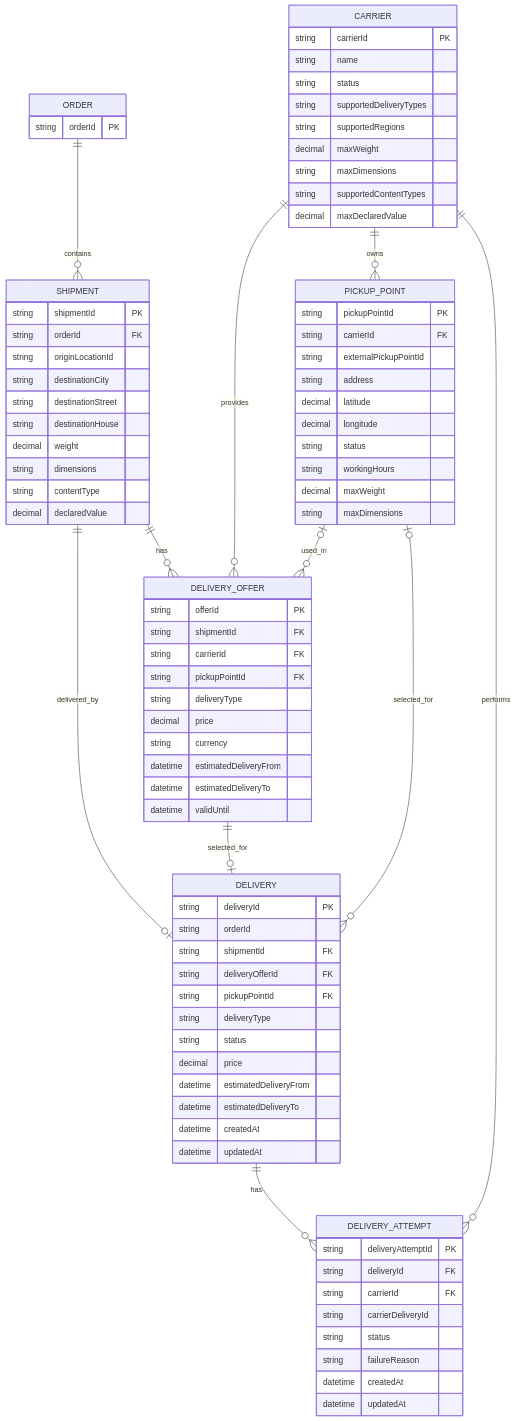
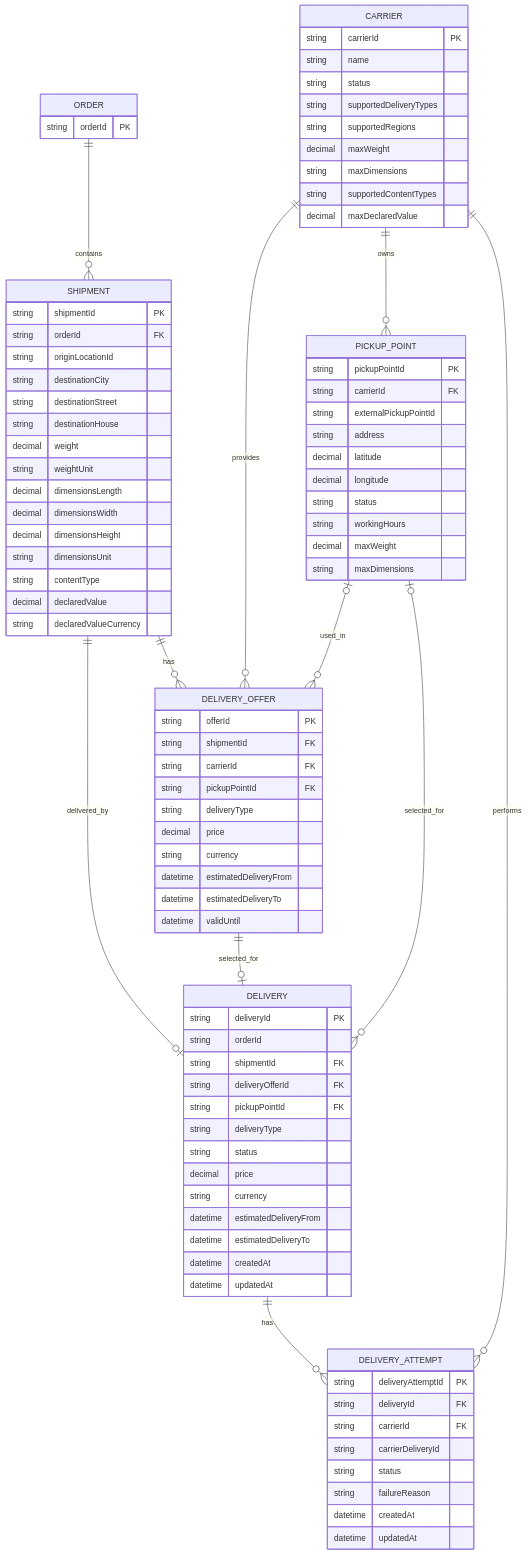
The diagram in docs/04-data-model.md (the-chill-ocean/delivery-orchestration-platform), drawn with Mermaid before and after one commit. The commit also changed other lines of this file, not shown here.

```diff
--- a/docs/04-data-model.md
+++ b/docs/04-data-model.md
@@ -27,7 +27,7 @@
         string orderId PK
     }
 
-    SHIPMENT {
+   SHIPMENT {
     string shipmentId PK
     string orderId FK
     string originLocationId
@@ -35,10 +35,15 @@
     string destinationStreet
     string destinationHouse
     decimal weight
-    string dimensions
+    string weightUnit
+    decimal dimensionsLength
+    decimal dimensionsWidth
+    decimal dimensionsHeight
+    string dimensionsUnit
     string contentType
     decimal declaredValue
-    }
+    string declaredValueCurrency
+}
 
     DELIVERY_OFFER {
         string offerId PK
@@ -62,6 +67,7 @@
         string deliveryType
         string status
         decimal price
+        string currency
         datetime estimatedDeliveryFrom
         datetime estimatedDeliveryTo
         datetime createdAt
```
